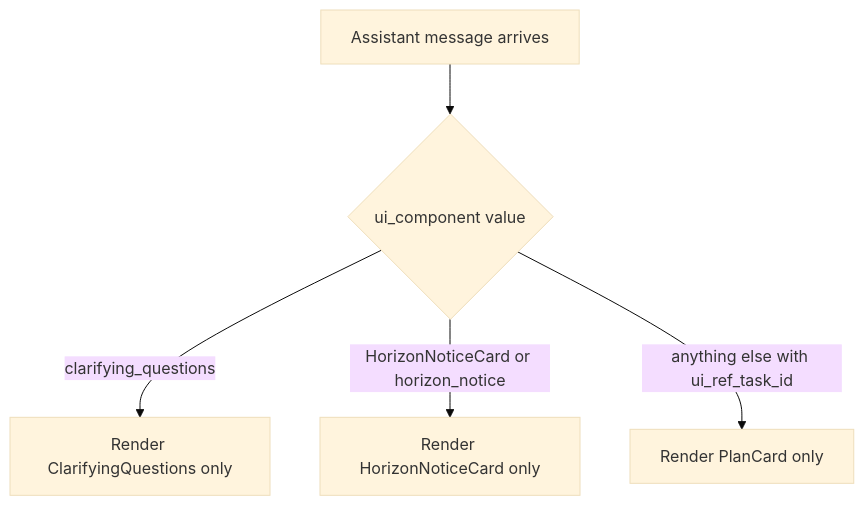
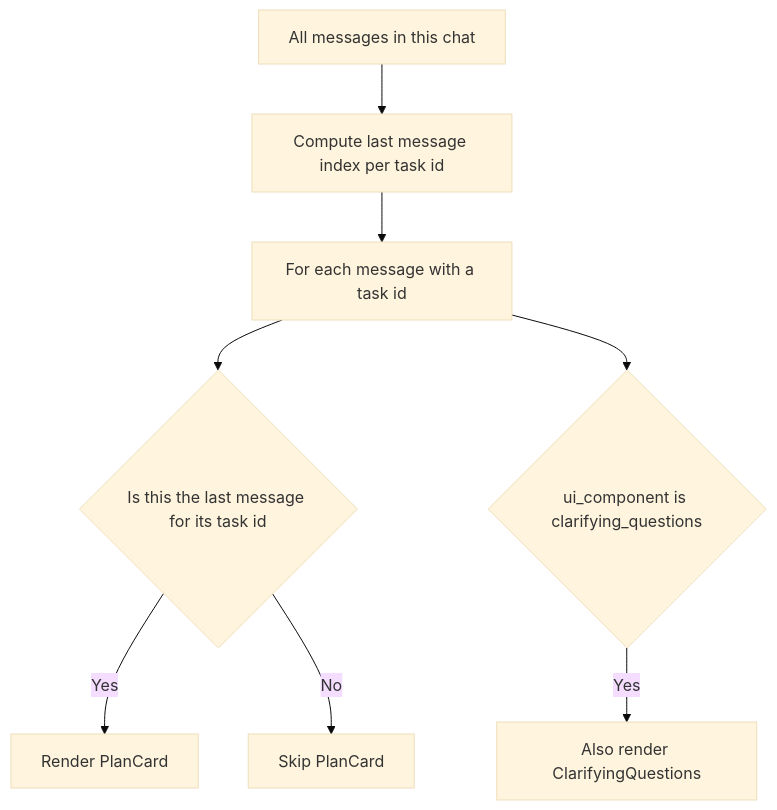
One commit to hafidluqman50/pulsarfi changed the diagram in docs/plans/fix-plancard-clarifying-questions-duplication.md. Above: the diagram before and after it, drawn with Mermaid (base theme). The commit also changed other lines of this file and 12 other files, not shown here.

First line of the commit message:
fix(agent): correct PlanCard dedup, hide intake answers, stop oversharing replies

````diff
--- a/docs/plans/fix-plancard-clarifying-questions-duplication.md
+++ b/docs/plans/fix-plancard-clarifying-questions-duplication.md
@@ -55,7 +58,10 @@
 ```mermaid
 flowchart TD
-  Msg[Assistant message arrives] --> CheckUI{ui_component value}
-  CheckUI -->|clarifying_questions| ShowCQ[Render ClarifyingQuestions only]
-  CheckUI -->|HorizonNoticeCard or horizon_notice| ShowHorizon[Render HorizonNoticeCard only]
-  CheckUI -->|anything else with ui_ref_task_id| ShowPlan[Render PlanCard only]
+  Msgs[All messages in this chat] --> Scan[Compute last message index per task id]
+  Scan --> Each[For each message with a task id]
+  Each --> IsLast{Is this the last message for its task id}
+  IsLast -->|Yes| ShowPlan[Render PlanCard]
+  IsLast -->|No| SkipPlan[Skip PlanCard]
+  Each --> IsCQ{ui_component is clarifying_questions}
+  IsCQ -->|Yes| ShowCQ[Also render ClarifyingQuestions]
 ```
````
